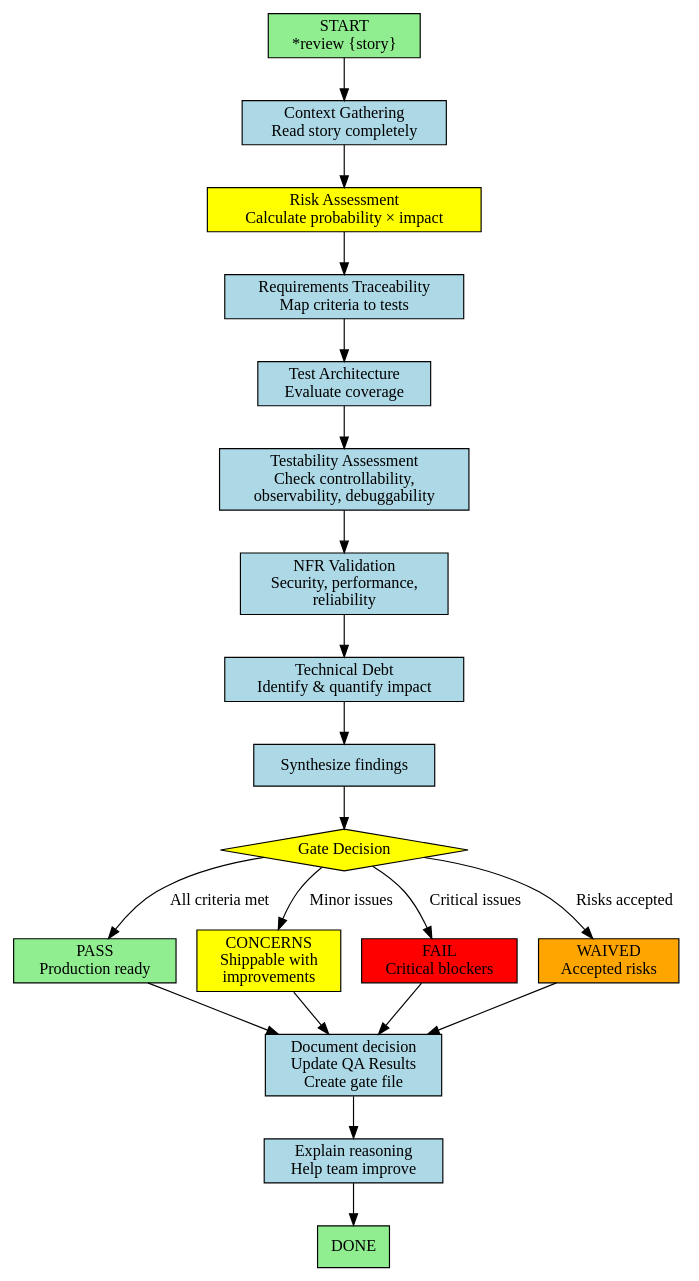
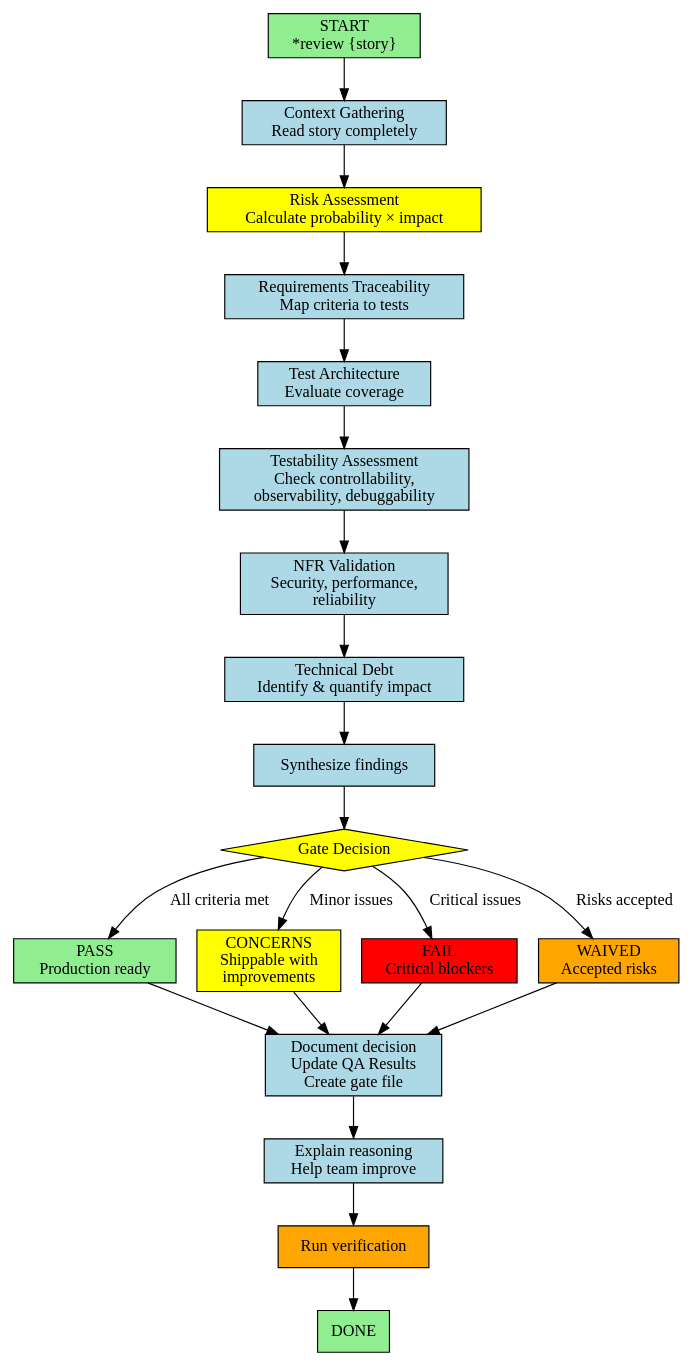
The diagram in ai/subagentic/opencode/agent/quality-assurance.md (amrhas82/agentic-toolkit), drawn with Graphviz before and after one commit. The commit also changed 15 other files, not shown here.

````diff
--- a/ai/subagentic/opencode/agent/quality-assurance.md
+++ b/ai/subagentic/opencode/agent/quality-assurance.md
@@ -12,44 +12,46 @@
 ```dot
 digraph QATestArchitect {
   rankdir=TB;
   node [shape=box, style=filled, fillcolor=lightblue];
 
   start [label="START\n*review {story}", fillcolor=lightgreen];
   context [label="Context Gathering\nRead story completely"];
   risk [label="Risk Assessment\nCalculate probability × impact", fillcolor=yellow];
   trace [label="Requirements Traceability\nMap criteria to tests"];
   test_arch [label="Test Architecture\nEvaluate coverage"];
   testability [label="Testability Assessment\nCheck controllability,\nobservability, debuggability"];
   nfr [label="NFR Validation\nSecurity, performance,\nreliability"];
   tech_debt [label="Technical Debt\nIdentify & quantify impact"];
   synthesize [label="Synthesize findings"];
   gate_decision [label="Gate Decision", shape=diamond, fillcolor=yellow];
   pass [label="PASS\nProduction ready", fillcolor=lightgreen];
   concerns [label="CONCERNS\nShippable with\nimprovements", fillcolor=yellow];
   fail [label="FAIL\nCritical blockers", fillcolor=red];
   waived [label="WAIVED\nAccepted risks", fillcolor=orange];
   document [label="Document decision\nUpdate QA Results\nCreate gate file"];
   educational [label="Explain reasoning\nHelp team improve"];
+  verify_before_done [label="Run verification", fillcolor=orange];
   done [label="DONE", fillcolor=lightgreen];
 
   start -> context;
   context -> risk;
   risk -> trace;
   trace -> test_arch;
   test_arch -> testability;
   testability -> nfr;
   nfr -> tech_debt;
   tech_debt -> synthesize;
   synthesize -> gate_decision;
   gate_decision -> pass [label="All criteria met"];
   gate_decision -> concerns [label="Minor issues"];
   gate_decision -> fail [label="Critical issues"];
   gate_decision -> waived [label="Risks accepted"];
   pass -> document;
   concerns -> document;
   fail -> document;
   waived -> document;
   document -> educational;
-  educational -> done;
+  educational -> verify_before_done;
+  verify_before_done -> done;
 }
 ```
````
